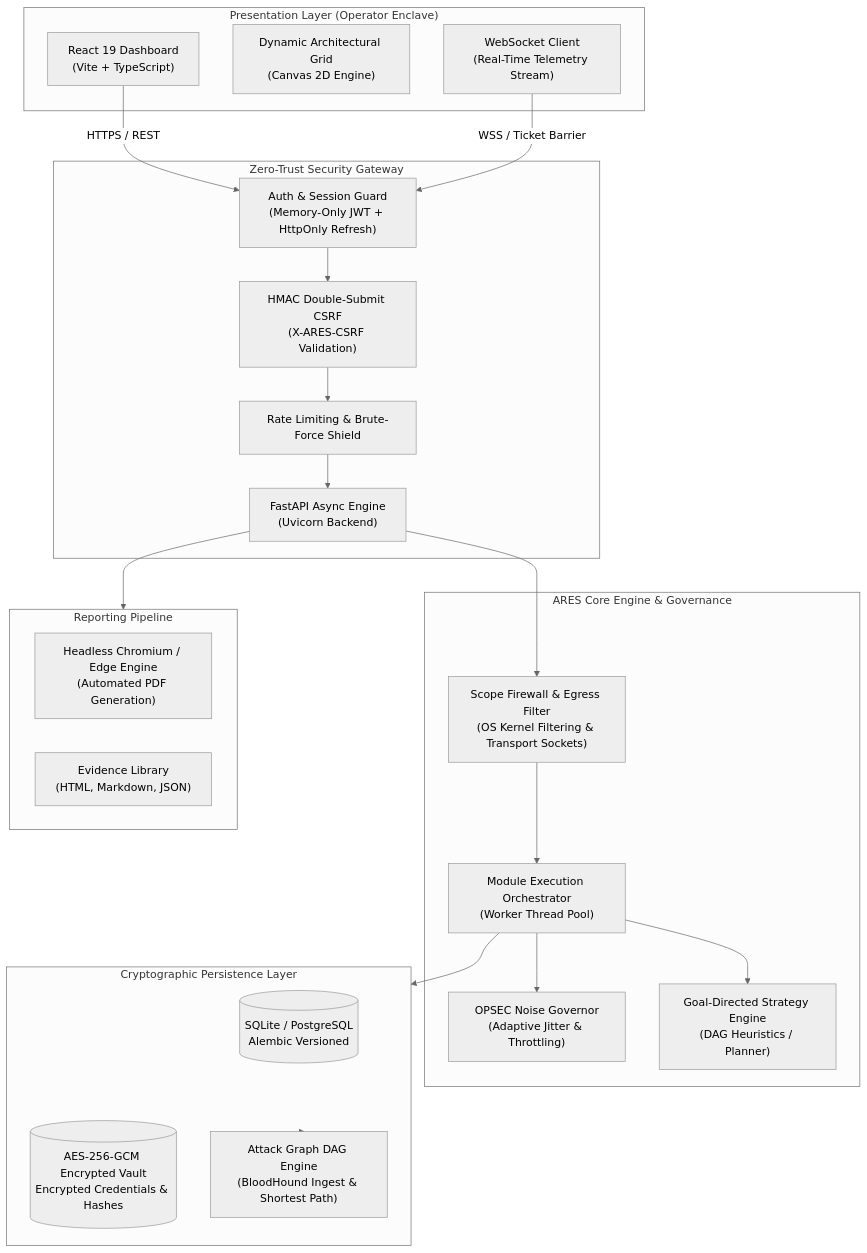
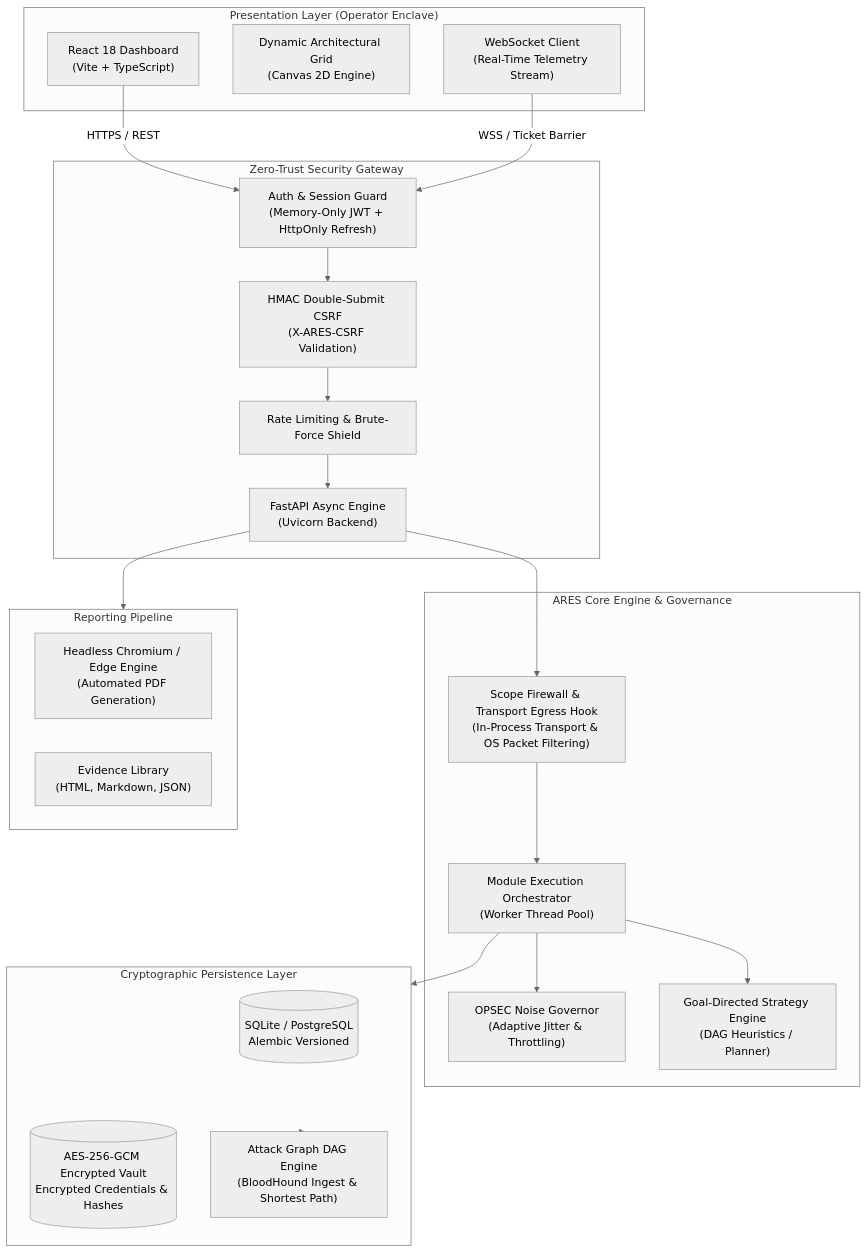
One commit to Mafifrizi/ARES changed the diagram in README.md. Above: the diagram before and after it, drawn with Mermaid (neutral theme). The commit also changed other lines of this file and 5 other files, not shown here.

First line of the commit message:
docs: synchronize module catalog counts, architecture diagrams, and links

````diff
--- a/README.md
+++ b/README.md
@@ -415,44 +415,44 @@
 ```mermaid
 flowchart TB
     subgraph Client["Presentation Layer (Operator Enclave)"]
-        UI["React 19 Dashboard<br>(Vite + TypeScript)"]
+        UI["React 18 Dashboard<br>(Vite + TypeScript)"]
         Mesh["Dynamic Architectural Grid<br>(Canvas 2D Engine)"]
         WSClient["WebSocket Client<br>(Real-Time Telemetry Stream)"]
     end
 
     subgraph Gateway["Zero-Trust Security Gateway"]
         FastAPI["FastAPI Async Engine<br>(Uvicorn Backend)"]
         AuthGuard["Auth & Session Guard<br>(Memory-Only JWT + HttpOnly Refresh)"]
         CSRF["HMAC Double-Submit CSRF<br>(X-ARES-CSRF Validation)"]
         RateLimit["Rate Limiting & Brute-Force Shield"]
     end
 
     subgraph Core["ARES Core Engine & Governance"]
-        ScopeFirewall["Scope Firewall & Egress Filter<br>(OS Kernel Filtering & Transport Sockets)"]
+        ScopeFirewall["Scope Firewall & Transport Egress Hook<br>(In-Process Transport & OS Packet Filtering)"]
         Governor["OPSEC Noise Governor<br>(Adaptive Jitter & Throttling)"]
         Orchestrator["Module Execution Orchestrator<br>(Worker Thread Pool)"]
         AutoPlanner["Goal-Directed Strategy Engine<br>(DAG Heuristics / Planner)"]
     end
 
     subgraph Storage["Cryptographic Persistence Layer"]
         DB[(SQLite / PostgreSQL<br>Alembic Versioned)]
         Vault[(AES-256-GCM Encrypted Vault<br>Encrypted Credentials & Hashes)]
         GraphEngine["Attack Graph DAG Engine<br>(BloodHound Ingest & Shortest Path)"]
     end
 
     subgraph Deliverables["Reporting Pipeline"]
         PDFGen["Headless Chromium / Edge Engine<br>(Automated PDF Generation)"]
         Artifacts["Evidence Library<br>(HTML, Markdown, JSON)"]
     end
 
     UI -->|HTTPS / REST| AuthGuard
     WSClient -->|WSS / Ticket Barrier| AuthGuard
     AuthGuard --> CSRF --> RateLimit --> FastAPI
     FastAPI --> ScopeFirewall
     ScopeFirewall --> Orchestrator
     Orchestrator --> Governor
     Orchestrator --> AutoPlanner
     Orchestrator --> Storage
     Storage --> GraphEngine
     FastAPI --> Deliverables
 ```
````
